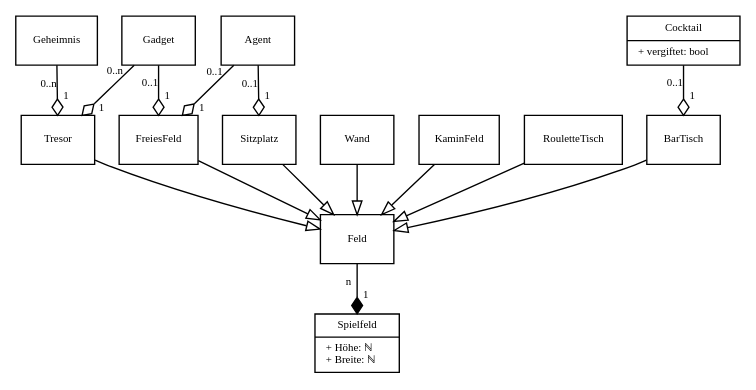
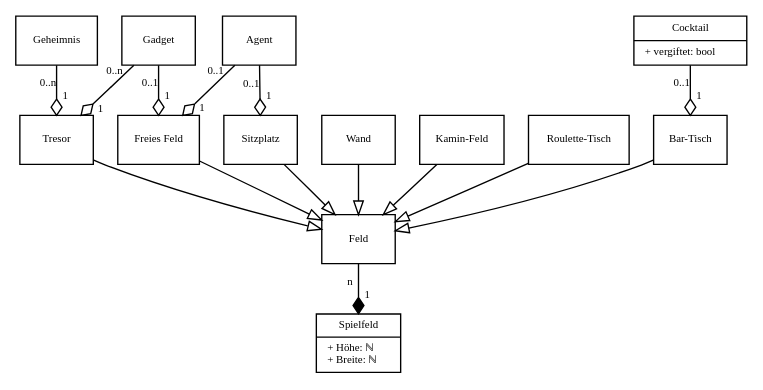
The diagram in Meilenstein01/diagrams/fields.dot (SoPra-Team-17/Meilensteine), drawn with Graphviz before and after one commit.

Commit message:
Beschriftungen von den Objekten im Domänenmodell: Feld schöner gemacht (z.B. FreiesFeld -> Freies Feld)

```diff
--- a/Meilenstein01/diagrams/fields.dot
+++ b/Meilenstein01/diagrams/fields.dot
@@ -1,89 +1,97 @@
 digraph G {
     // General Layout
     fontname = "Bitstream Vera Sans"
     fontsize = 8
 
     node [
         fontname = "Bitstream Vera Sans"
         fontsize = 8
         shape = "record"
     ]
 
     edge [
         fontname = "Bitstream Vera Sans"
         fontsize = 8
         arrowhead = "onormal"
         labeldistance = 1.5
     ]
 
     // Classes
     Spielfeld [
         label = "{Spielfeld|+ Höhe: ℕ\l+ Breite: ℕ\l}"
     ]
     Feld [
     ]
     Gadget
     Cocktail [
         label = "{Cocktail|+ vergiftet: bool\l}"
     ]
-    FreiesFeld
+    FreiesFeld [
+	label = "Freies Feld"
+    ]
     Wand
-    KaminFeld
+    KaminFeld [
+	label = "Kamin-Feld"
+    ]
     Sitzplatz
-    RouletteTisch
-    BarTisch
+    RouletteTisch [
+	label = "Roulette-Tisch"
+    ]
+    BarTisch [
+	label = "Bar-Tisch"
+    ]
     Tresor
 
     // Inheritance
     FreiesFeld -> Feld
     Wand -> Feld
     KaminFeld -> Feld
     Sitzplatz -> Feld
     RouletteTisch -> Feld
     BarTisch -> Feld
     Tresor -> Feld
 
     // Aggregations
     edge [
         arrowhead = "odiamond"
     ]
     Gadget -> FreiesFeld [
         taillabel = "0..1"
         headlabel = "1"
     ]
     Agent -> FreiesFeld [
         taillabel = "0..1"
         headlabel = "1"
     ]
     Agent -> Sitzplatz [
         taillabel = "0..1"
         headlabel = "1"
     ]
     Cocktail -> BarTisch [
         taillabel = "0..1"
         headlabel = "1"
     ]
     Geheimnis -> Tresor [
         taillabel = "0..n"
         headlabel = "1"
     ]
     Gadget -> Tresor [
         taillabel = "0..n"
         headlabel = "1"
     ]
 
     // Compositions
     edge [
         arrowhead = "diamond"
     ]
     Feld -> Spielfeld [
         headlabel = "1"
         taillabel = "n"
     ]
 
     // Normal Arrows
     edge [
         arrowhead = "vee"
     ]
 
 }
```
